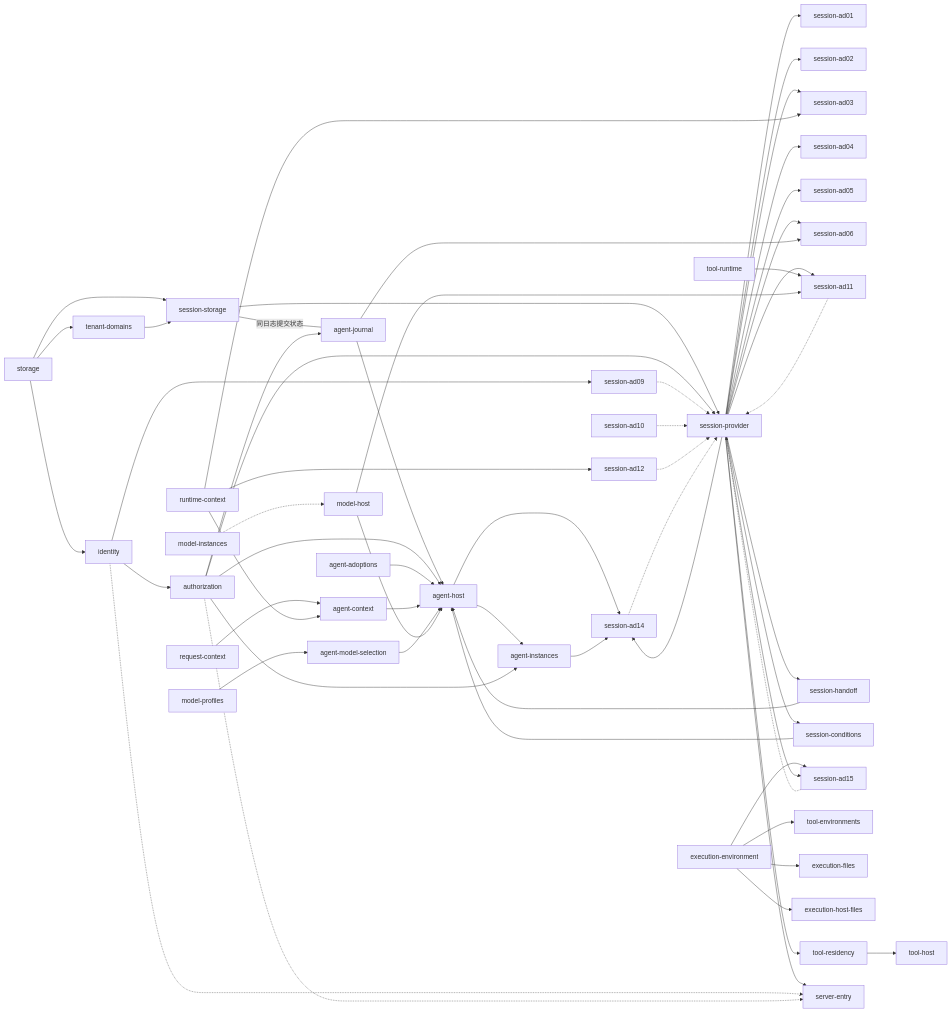
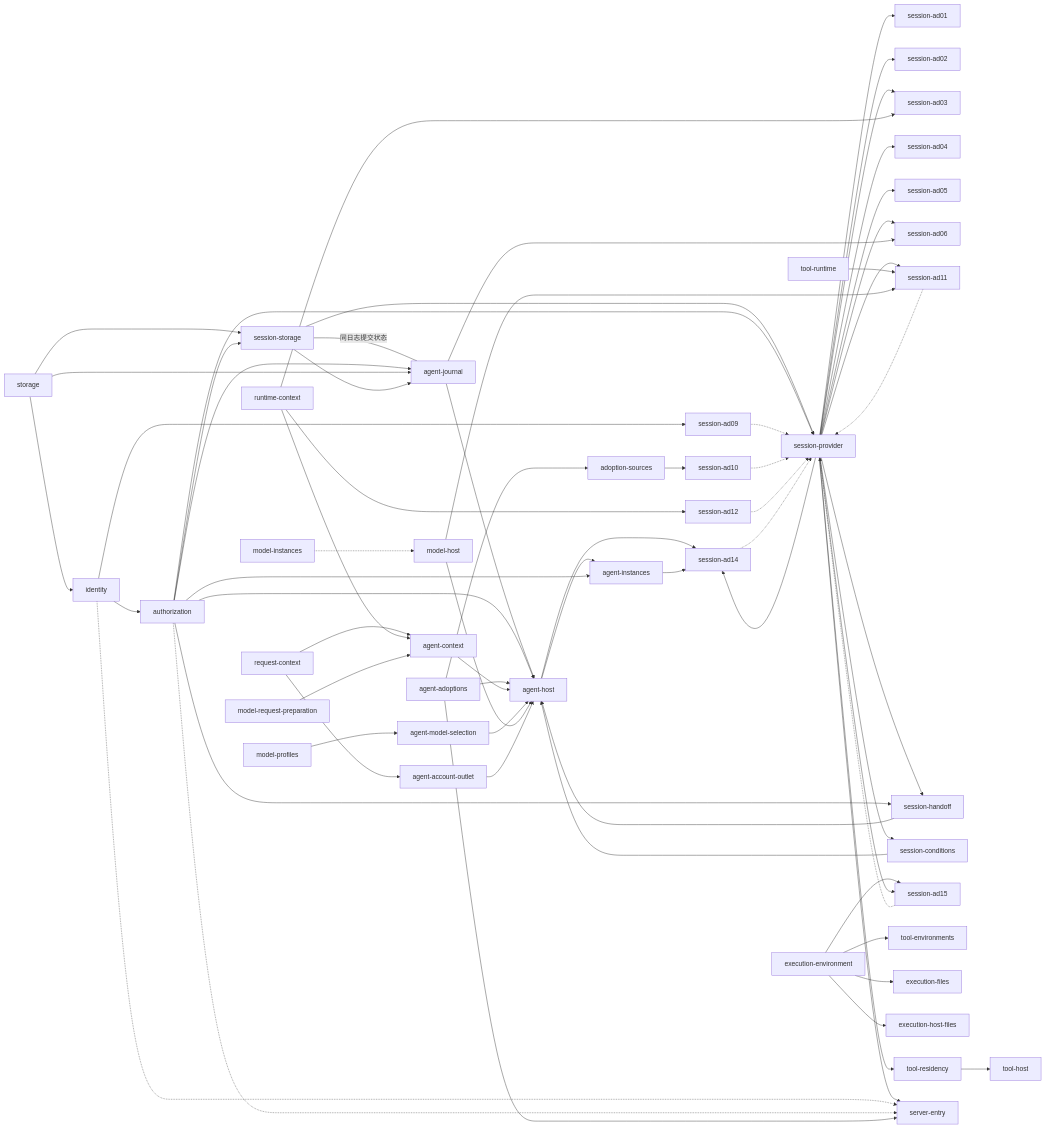
One commit to nemori-ai/omne-harness-lite changed the diagram in docs/architecture/runtime/application-assembly.md. Above: the diagram before and after it, drawn with Mermaid. The commit also changed other lines of this file and 1 other file, not shown here.

First line of the commit message:
docs(architecture): 写回应用装配 r2 的插件树与受信子树（#1001）

````diff
--- a/docs/architecture/runtime/application-assembly.md
+++ b/docs/architecture/runtime/application-assembly.md
@@ -91,60 +94,68 @@
 ```mermaid
 flowchart LR
-  storage --> tenant-domains
   storage --> identity
   storage --> session-storage
-  tenant-domains --> session-storage
+  authorization --> session-storage
   session-storage ---|同日志提交状态| agent-journal
   identity --> authorization
   session-storage --> session-provider
   authorization --> session-provider
   authorization --> agent-journal
   session-provider --> session-ad01
   session-provider --> session-ad02
   session-provider --> session-ad03
   session-provider --> session-ad04
   session-provider --> session-ad05
   session-provider --> session-ad06
   session-provider --> session-ad11
   session-provider --> session-ad14
   runtime-context --> session-ad03
   runtime-context --> session-ad12
   model-profiles --> agent-model-selection
   model-instances -.-> model-host
   identity --> session-ad09
   agent-host --> session-ad14
   agent-instances --> session-ad14
   request-context --> agent-context
   runtime-context --> agent-context
   agent-journal --> agent-host
   authorization --> agent-host
   agent-adoptions --> agent-host
   agent-context --> agent-host
   agent-model-selection --> agent-host
   session-handoff --> agent-host
   session-conditions --> agent-host
   session-provider --> session-handoff
   session-provider --> session-conditions
   model-host --> agent-host
   agent-host --> agent-instances
   authorization --> agent-instances
   tool-runtime --> session-ad11
   agent-journal --> session-ad06
   model-host --> session-ad11
   execution-environment --> session-ad15
   session-provider --> session-ad15
   execution-environment --> tool-environments
   execution-environment --> execution-files
   execution-environment --> execution-host-files
   session-provider --> tool-residency
   tool-residency --> tool-host
   session-provider --> server-entry
   session-ad09 -.-> session-provider
   session-ad10 -.-> session-provider
   session-ad12 -.-> session-provider
   session-ad14 -.-> session-provider
   session-ad11 -.-> session-provider
   session-ad15 -.-> session-provider
   identity -.-> server-entry
   authorization -.-> server-entry
+  authorization --> session-handoff
+  storage --> agent-journal
+  session-storage --> agent-journal
+  agent-adoptions --> adoption-sources
+  agent-adoptions --> server-entry
+  adoption-sources --> session-ad10
+  model-request-preparation --> agent-context
+  request-context --> agent-account-outlet
+  agent-account-outlet --> agent-host
 ```
````
